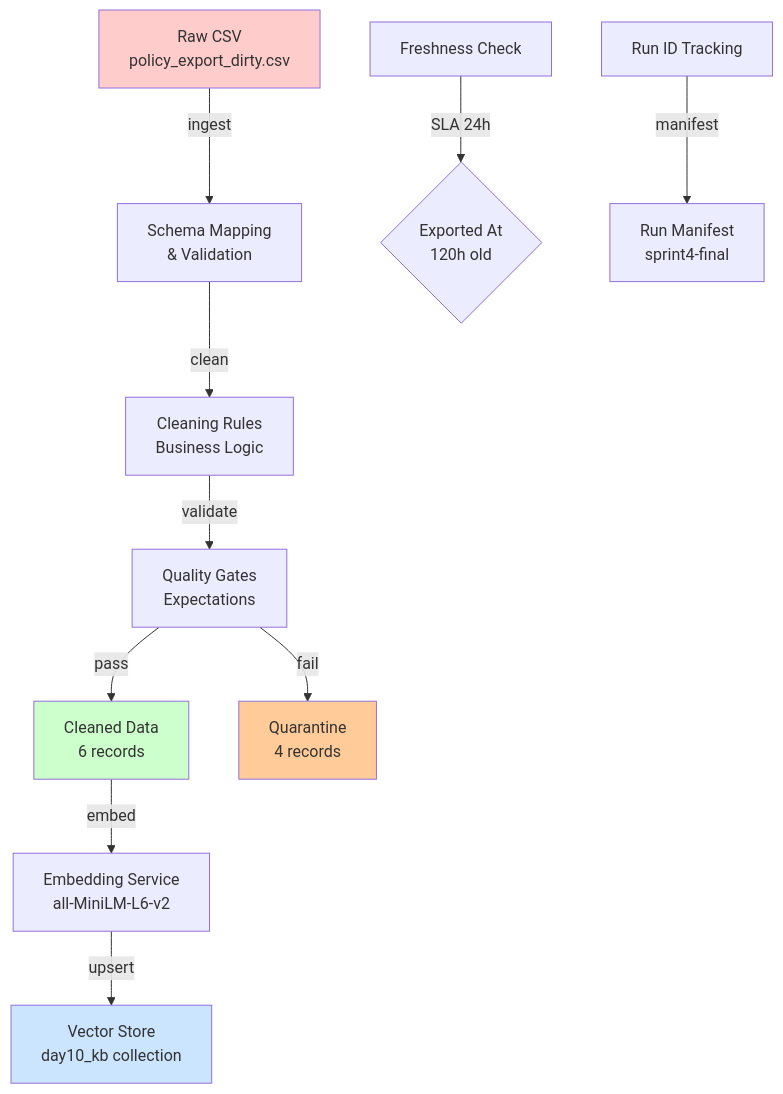
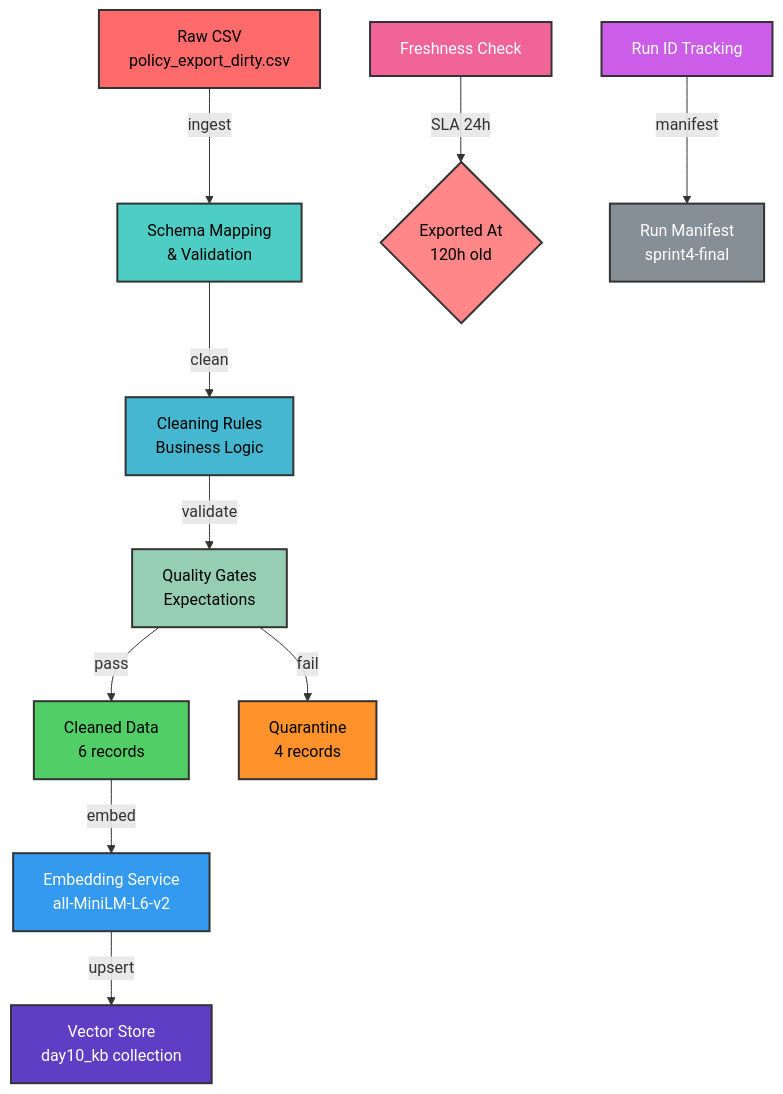
One commit to minh041104/C401-B3 changed the diagram in day10/lab/docs/pipeline_architecture.md. Above: the diagram before and after it, drawn with Mermaid. The commit also changed other lines of this file, not shown here.

Commit message:
Feat : Update form

````diff
--- a/day10/lab/docs/pipeline_architecture.md
+++ b/day10/lab/docs/pipeline_architecture.md
@@ -10,18 +10,26 @@
 ```mermaid
 graph TD
     A[Raw CSV<br/>policy_export_dirty.csv] -->|ingest| B[Schema Mapping<br/>& Validation]
     B -->|clean| C[Cleaning Rules<br/>Business Logic]
     C -->|validate| D[Quality Gates<br/>Expectations]
     D -->|pass| E[Cleaned Data<br/>6 records]
     D -->|fail| F[Quarantine<br/>4 records]
     E -->|embed| G[Embedding Service<br/>all-MiniLM-L6-v2]
     G -->|upsert| H[Vector Store<br/>day10_kb collection]
     
     I[Freshness Check] -->|SLA 24h| J{Exported At<br/>120h old}
     K[Run ID Tracking] -->|manifest| L[Run Manifest<br/>sprint4-final]
     
-    style A fill:#ffcccc
-    style E fill:#ccffcc
-    style F fill:#ffcc99
-    style H fill:#cce5ff
+    style A fill:#ff6b6b,stroke:#333,stroke-width:2px,color:#000
+    style B fill:#4ecdc4,stroke:#333,stroke-width:2px,color:#000
+    style C fill:#45b7d1,stroke:#333,stroke-width:2px,color:#000
+    style D fill:#96ceb4,stroke:#333,stroke-width:2px,color:#000
+    style E fill:#51cf66,stroke:#333,stroke-width:2px,color:#000
+    style F fill:#ff922b,stroke:#333,stroke-width:2px,color:#000
+    style G fill:#339af0,stroke:#333,stroke-width:2px,color:#fff
+    style H fill:#5f3dc4,stroke:#333,stroke-width:2px,color:#fff
+    style I fill:#f06595,stroke:#333,stroke-width:2px,color:#fff
+    style J fill:#ff8787,stroke:#333,stroke-width:2px,color:#000
+    style K fill:#cc5de8,stroke:#333,stroke-width:2px,color:#fff
+    style L fill:#868e96,stroke:#333,stroke-width:2px,color:#fff
 ```
````
